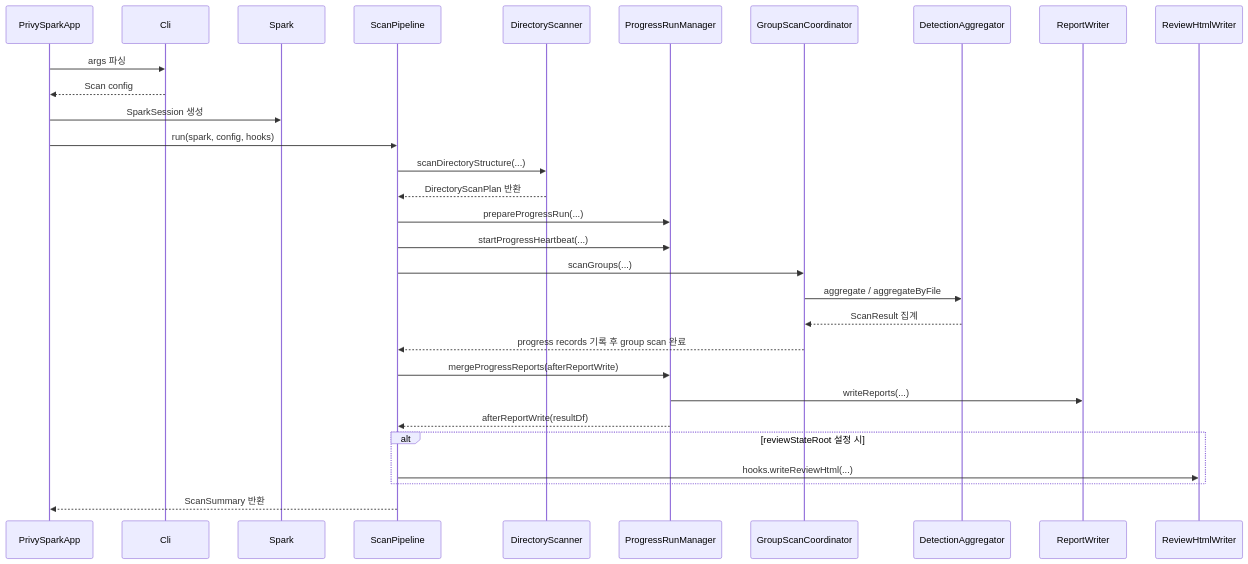
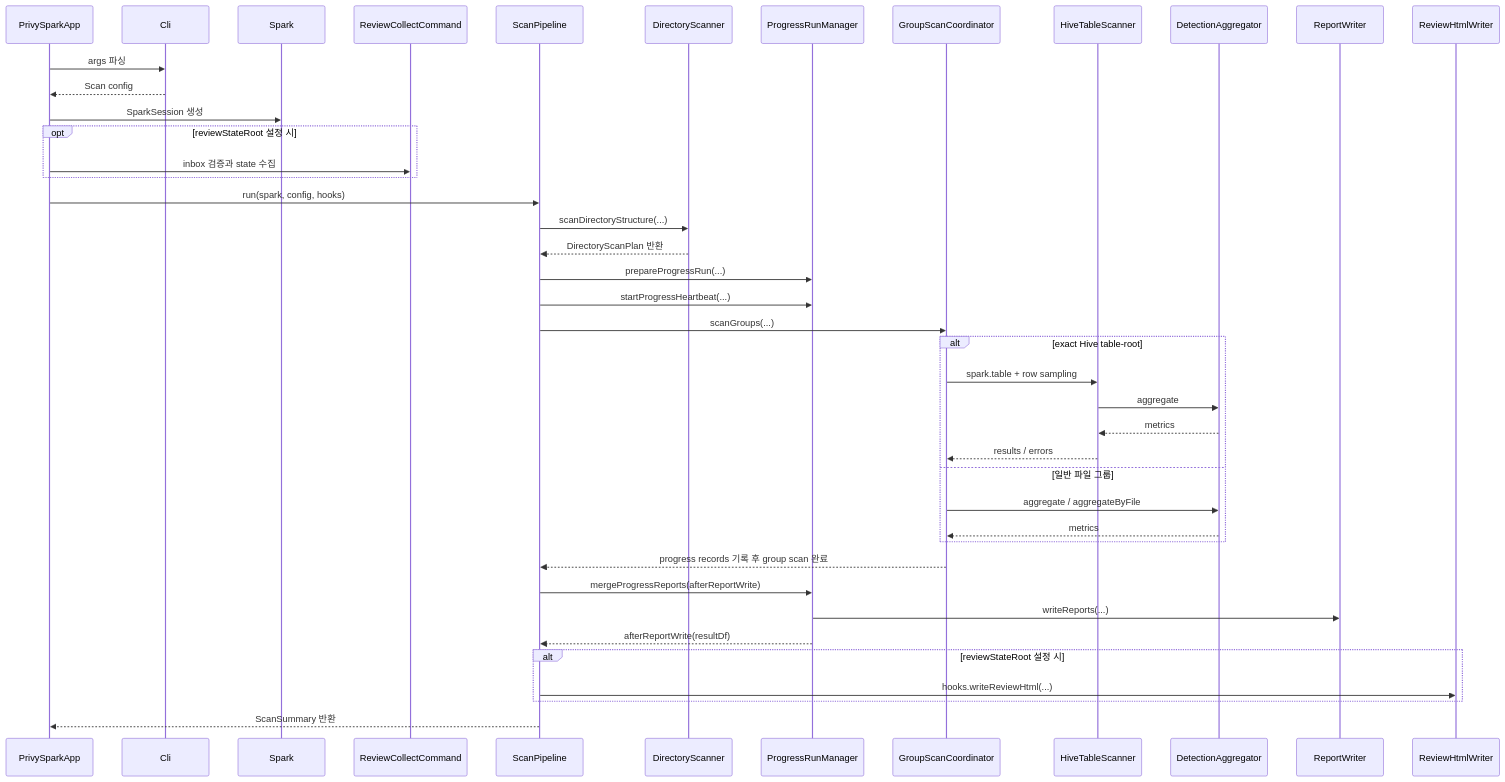
The second of 2 diagrams in docs/ko/architecture/overview.md (jonggeun2001/PrivySpark), drawn with Mermaid before and after one commit. The commit also changed other lines of this file and 26 other files, not shown here.

````diff
--- a/docs/ko/architecture/overview.md
+++ b/docs/ko/architecture/overview.md
@@ -99,33 +112,45 @@
 ```mermaid
 sequenceDiagram
   participant PrivySparkApp
   participant CliParser as Cli
   participant Spark
+  participant ReviewCollectCommand
   participant ScanPipeline
   participant DirectoryScanner
   participant ProgressRunManager
   participant GroupScanCoordinator
+  participant HiveTableScanner
   participant DetectionAggregator
   participant ReportWriter
   participant ReviewHtmlWriter
 
   PrivySparkApp->>CliParser: args 파싱
   CliParser-->>PrivySparkApp: Scan config
   PrivySparkApp->>Spark: SparkSession 생성
+  opt reviewStateRoot 설정 시
+    PrivySparkApp->>ReviewCollectCommand: inbox 검증과 state 수집
+  end
   PrivySparkApp->>ScanPipeline: run(spark, config, hooks)
   ScanPipeline->>DirectoryScanner: scanDirectoryStructure(...)
   DirectoryScanner-->>ScanPipeline: DirectoryScanPlan 반환
   ScanPipeline->>ProgressRunManager: prepareProgressRun(...)
   ScanPipeline->>ProgressRunManager: startProgressHeartbeat(...)
   ScanPipeline->>GroupScanCoordinator: scanGroups(...)
-  GroupScanCoordinator->>DetectionAggregator: aggregate / aggregateByFile
-  DetectionAggregator-->>GroupScanCoordinator: ScanResult 집계
+  alt exact Hive table-root
+    GroupScanCoordinator->>HiveTableScanner: spark.table + row sampling
+    HiveTableScanner->>DetectionAggregator: aggregate
+    DetectionAggregator-->>HiveTableScanner: metrics
+    HiveTableScanner-->>GroupScanCoordinator: results / errors
+  else 일반 파일 그룹
+    GroupScanCoordinator->>DetectionAggregator: aggregate / aggregateByFile
+    DetectionAggregator-->>GroupScanCoordinator: metrics
+  end
   GroupScanCoordinator-->>ScanPipeline: progress records 기록 후 group scan 완료
   ScanPipeline->>ProgressRunManager: mergeProgressReports(afterReportWrite)
   ProgressRunManager->>ReportWriter: writeReports(...)
   ProgressRunManager-->>ScanPipeline: afterReportWrite(resultDf)
   alt reviewStateRoot 설정 시
     ScanPipeline->>ReviewHtmlWriter: hooks.writeReviewHtml(...)
   end
   ScanPipeline-->>PrivySparkApp: ScanSummary 반환
 ```
````
